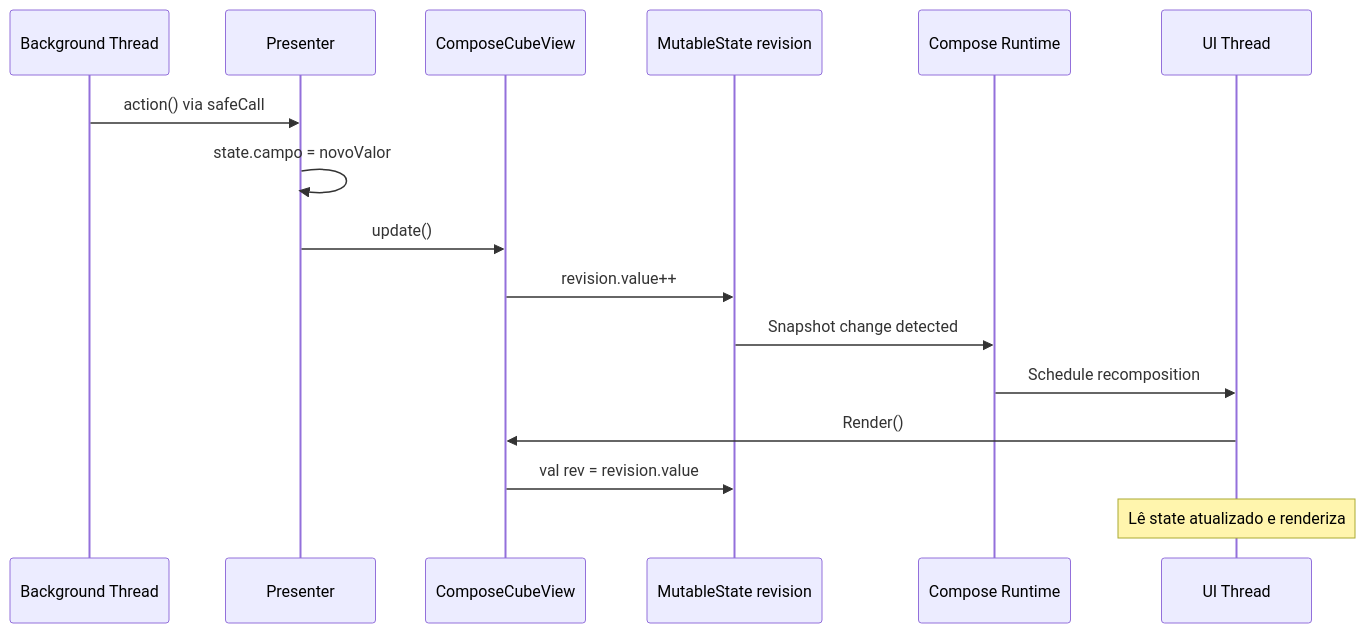
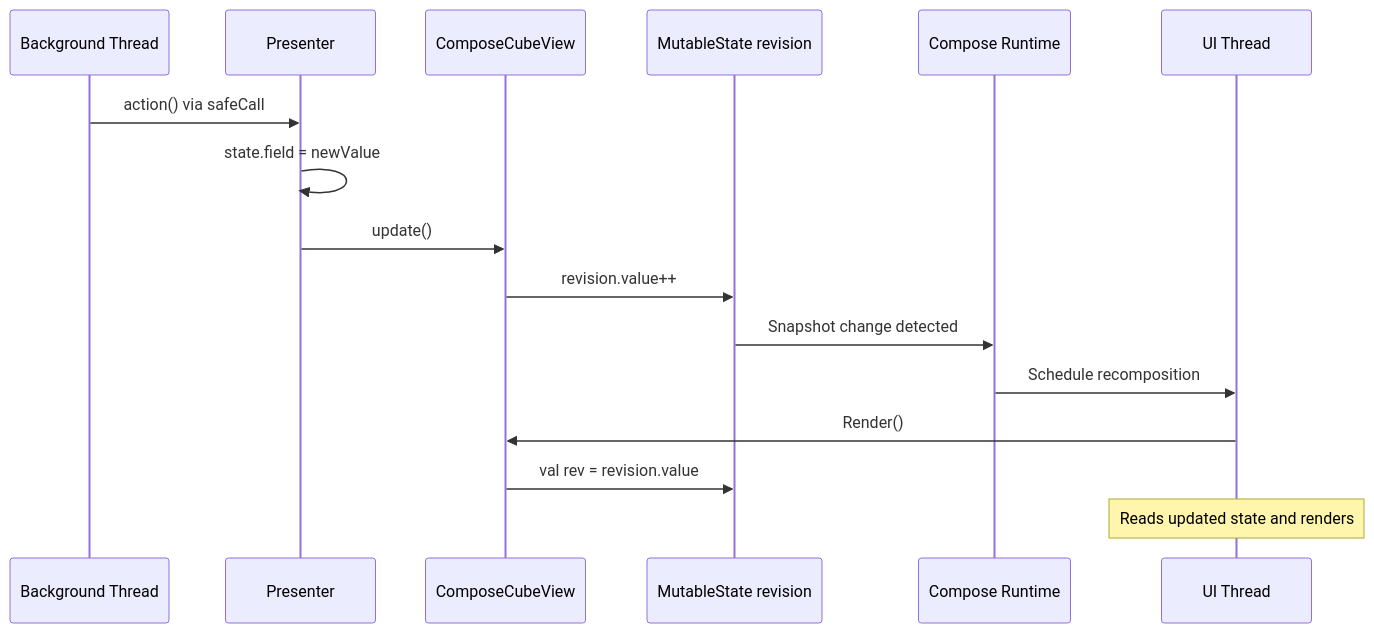
One commit to mrcdom/wdc-cube-kotlin changed the second of 9 diagrams in docs/architecture-cube-compose.md. Above: the diagram before and after it, drawn with Mermaid. The commit also changed other lines of this file and 10 other files, not shown here.

First line of the commit message:
docs: architecture docs and top-level READMEs in US English

````diff
--- a/docs/architecture-cube-compose.md
+++ b/docs/architecture-cube-compose.md
@@ -81,19 +81,19 @@
 ```mermaid
 sequenceDiagram
     participant BG as Background Thread
     participant P as Presenter
     participant V as ComposeCubeView
     participant REV as MutableState revision
     participant C as Compose Runtime
     participant UI as UI Thread
 
     BG->>P: action() via safeCall
-    P->>P: state.campo = novoValor
+    P->>P: state.field = newValue
     P->>V: update()
     V->>REV: revision.value++
     REV->>C: Snapshot change detected
     C->>UI: Schedule recomposition
     UI->>V: Render()
     V->>REV: val rev = revision.value
-    Note over UI: Lê state atualizado e renderiza
+    Note over UI: Reads updated state and renders
 ```
````
